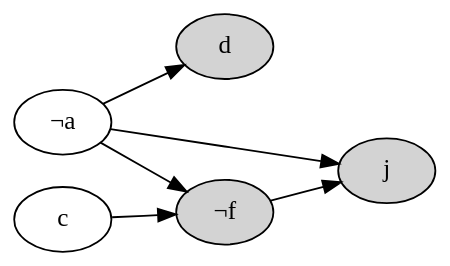
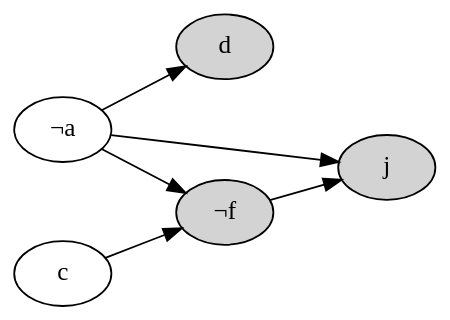
Before and after one commit to vaibhavsagar/presentations: the diagram in sat-solvers/images/graph1x3.dot, drawn with Graphviz. The commit also changed 12 other files, not shown here.

Commit message:
sat-solvers: selectively hide graphviz output for consistent images

```diff
--- a/sat-solvers/images/graph1x3.dot
+++ b/sat-solvers/images/graph1x3.dot
@@ -1,16 +1,29 @@
 digraph {
     a [label="¬a"]
+    b [label="¬b",style="invisible"]
+    c
     d [style="filled"]
+    e [style="invisible"]
     f [label="¬f", style="filled"]
+    gt [label="g", style="filled,invisible"]
+    gf [label="¬g", style="filled,invisible"]
+    i [style="filled,invisible"]
     j [style="filled"]
     a -> d
     c -> f
     a -> f
     a -> j
     f -> j
+    b -> i [style="invisible",arrowhead="none"]
+    e -> gt [style="invisible",arrowhead="none"]
+    e -> gf [style="invisible",arrowhead="none"]
+    f -> gf [style="invisible",arrowhead="none"]
+    c -> gt [style="invisible",arrowhead="none"]
+    gt -> gf [color="red",dir="both",style="dashed,invisible",arrowhead="none",arrowtail="none",minlen=3]
     rankdir="LR"
-    {rank=same; a c}
+    {rank=same; gt gf}
+    {rank=same; a b c e}
     overlap=false
     splines=true
     bgcolor=transparent
 }
```
